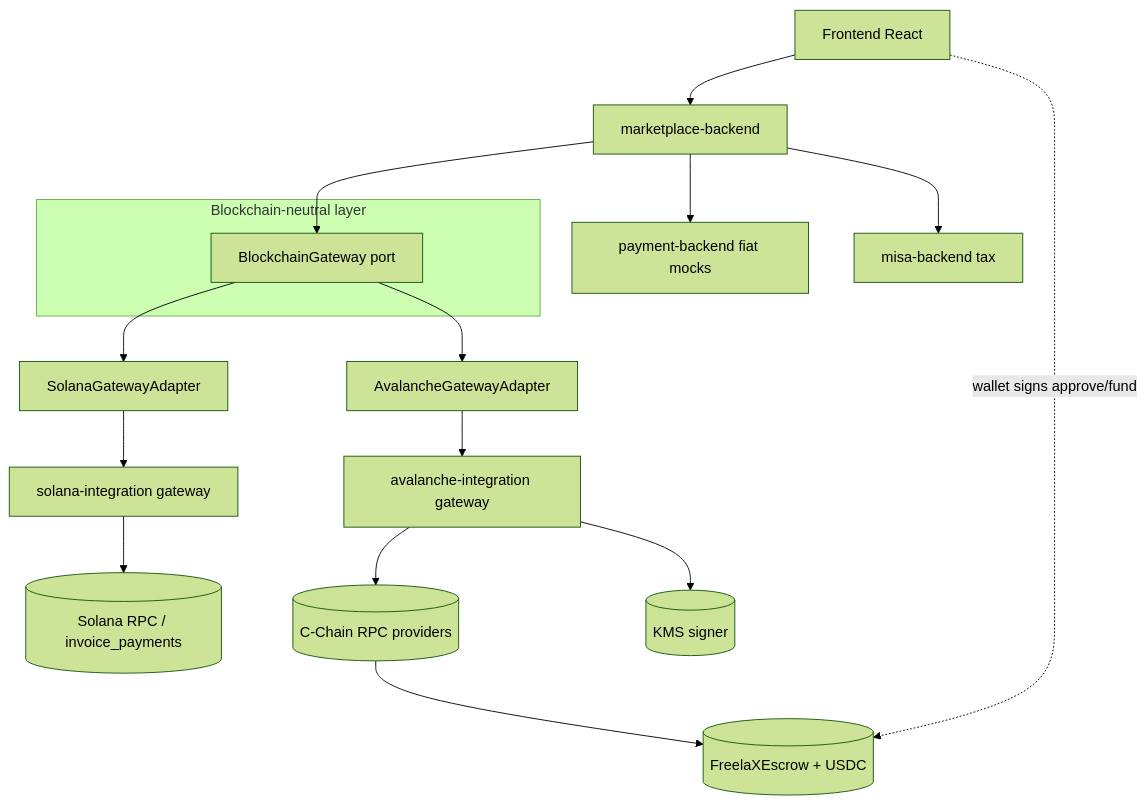
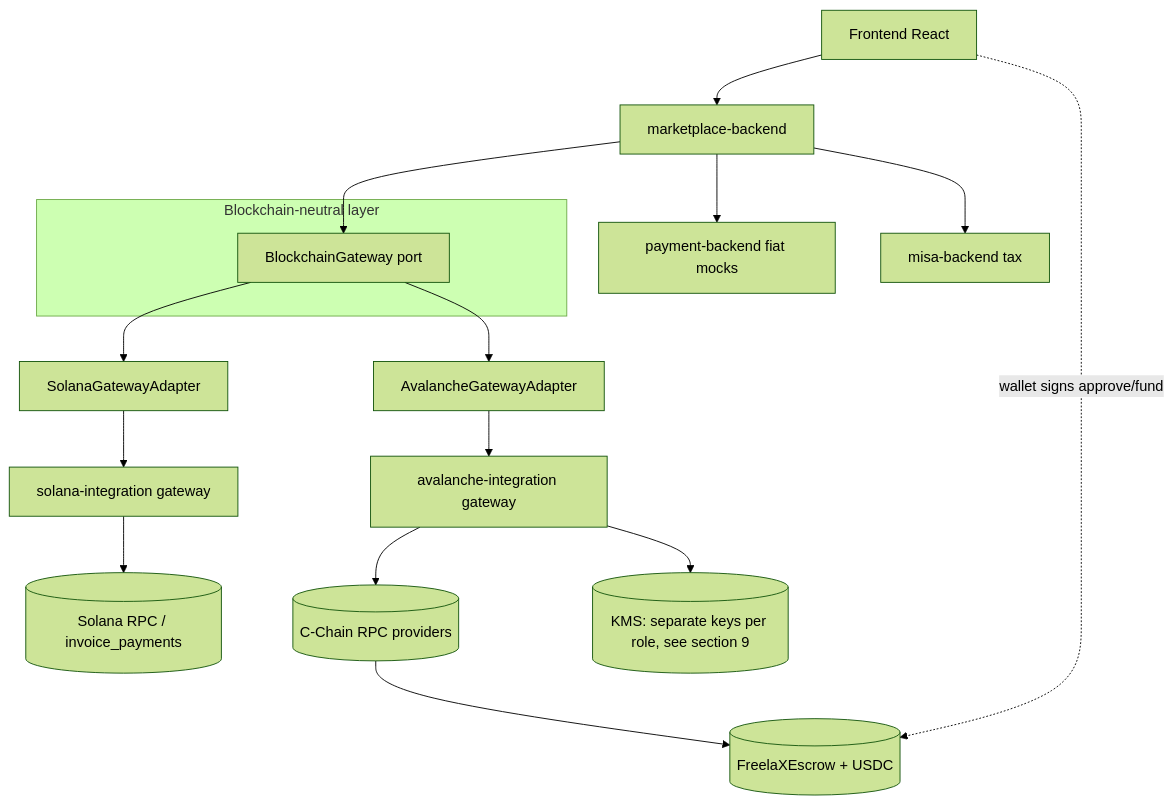
Before and after one commit to TronkIshere/FreelaX: the first of 7 diagrams in docs/avalanche-migration/03-target-architecture.md, drawn with Mermaid (forest theme). The commit also changed other lines of this file and 8 other files, not shown here.

````diff
--- a/docs/avalanche-migration/03-target-architecture.md
+++ b/docs/avalanche-migration/03-target-architecture.md
@@ -32,19 +32,19 @@
 ```mermaid
 flowchart TB
   FE[Frontend React] --> MP[marketplace-backend]
   MP --> PB[payment-backend fiat mocks]
   MP --> MISA[misa-backend tax]
   subgraph Neutral[Blockchain-neutral layer]
     GW[BlockchainGateway port]
   end
   MP --> GW
   GW --> SA[SolanaGatewayAdapter]
   GW --> AA[AvalancheGatewayAdapter]
   SA --> SG[solana-integration gateway]
   AA --> AG[avalanche-integration gateway]
   SG --> SOL[(Solana RPC / invoice_payments)]
   AG --> RPC[(C-Chain RPC providers)]
   RPC --> ESC[(FreelaXEscrow + USDC)]
-  AG --> KMS[(KMS signer)]
+  AG --> KMS[(KMS: separate keys per role, see section 9)]
   FE -. wallet signs approve/fund .-> ESC
 ```
````
